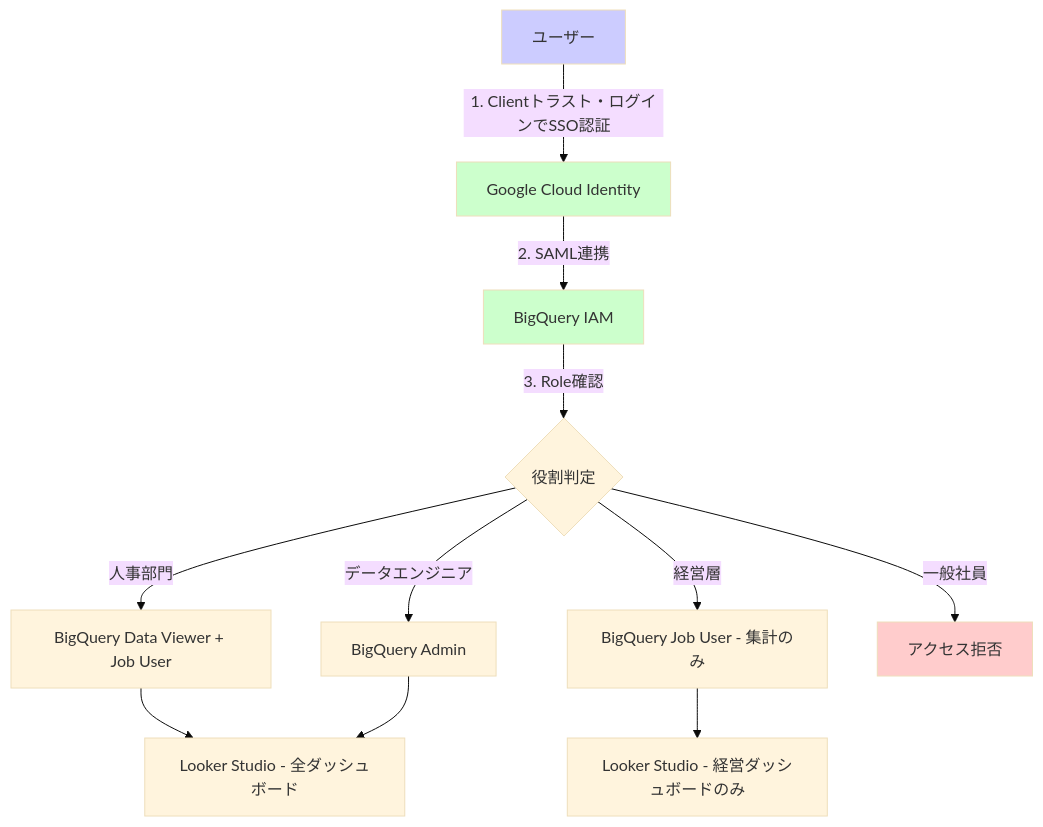
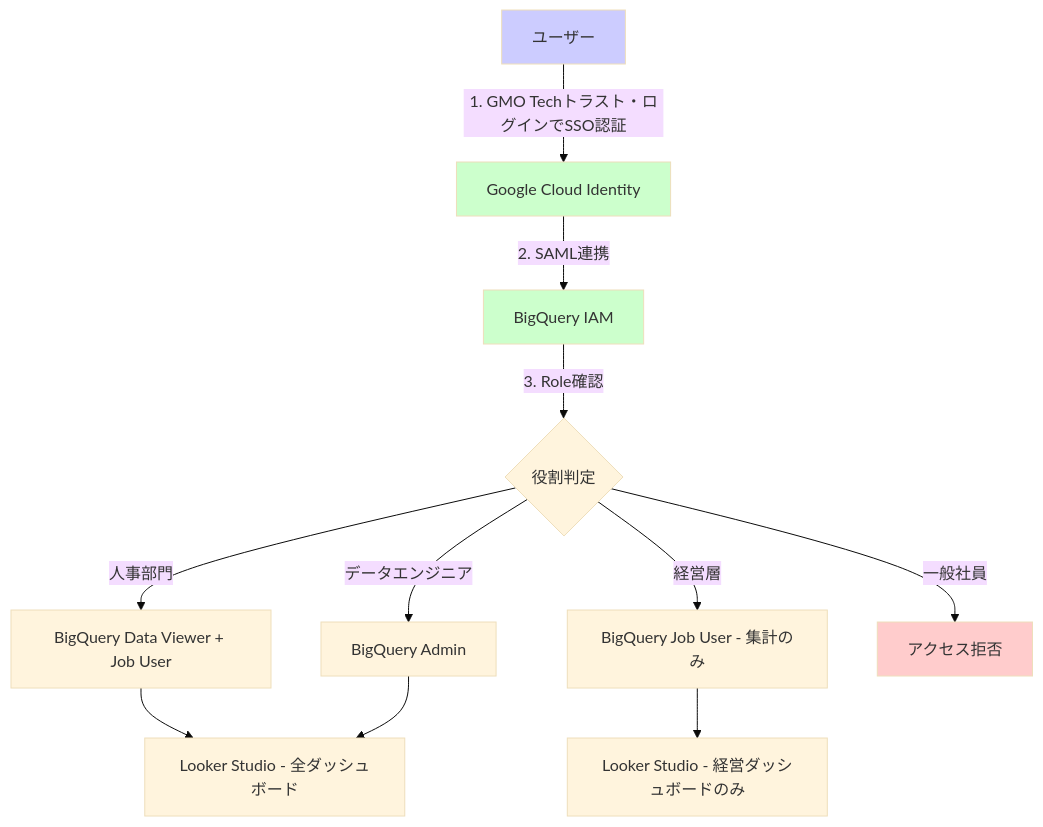
The second of 3 diagrams in output/04_security_design.md (akira882/GoogleForms-MicrosoftForm_Integration_Project), drawn with Mermaid (base theme) before and after one commit. The commit also changed other lines of this file and 15 other files, not shown here.

````diff
--- a/output/04_security_design.md
+++ b/output/04_security_design.md
@@ -198,20 +198,20 @@
 ```mermaid
 graph TD
-    A[ユーザー] -->|1. Clientトラスト・ログインでSSO認証| B[Google Cloud Identity]
+    A[ユーザー] -->|1. GMO Techトラスト・ログインでSSO認証| B[Google Cloud Identity]
     B -->|2. SAML連携| C[BigQuery IAM]
     C -->|3. Role確認| D{役割判定}
     
     D -->|人事部門| E[BigQuery Data Viewer + Job User]
     D -->|データエンジニア| F[BigQuery Admin]
     D -->|経営層| G[BigQuery Job User - 集計のみ]
     D -->|一般社員| H[アクセス拒否]
     
     E --> I[Looker Studio - 全ダッシュボード]
     F --> I
     G --> J[Looker Studio - 経営ダッシュボードのみ]
     
     style A fill:#ccccff
     style B fill:#ccffcc
     style C fill:#ccffcc
     style H fill:#ffcccc
 ```
````
